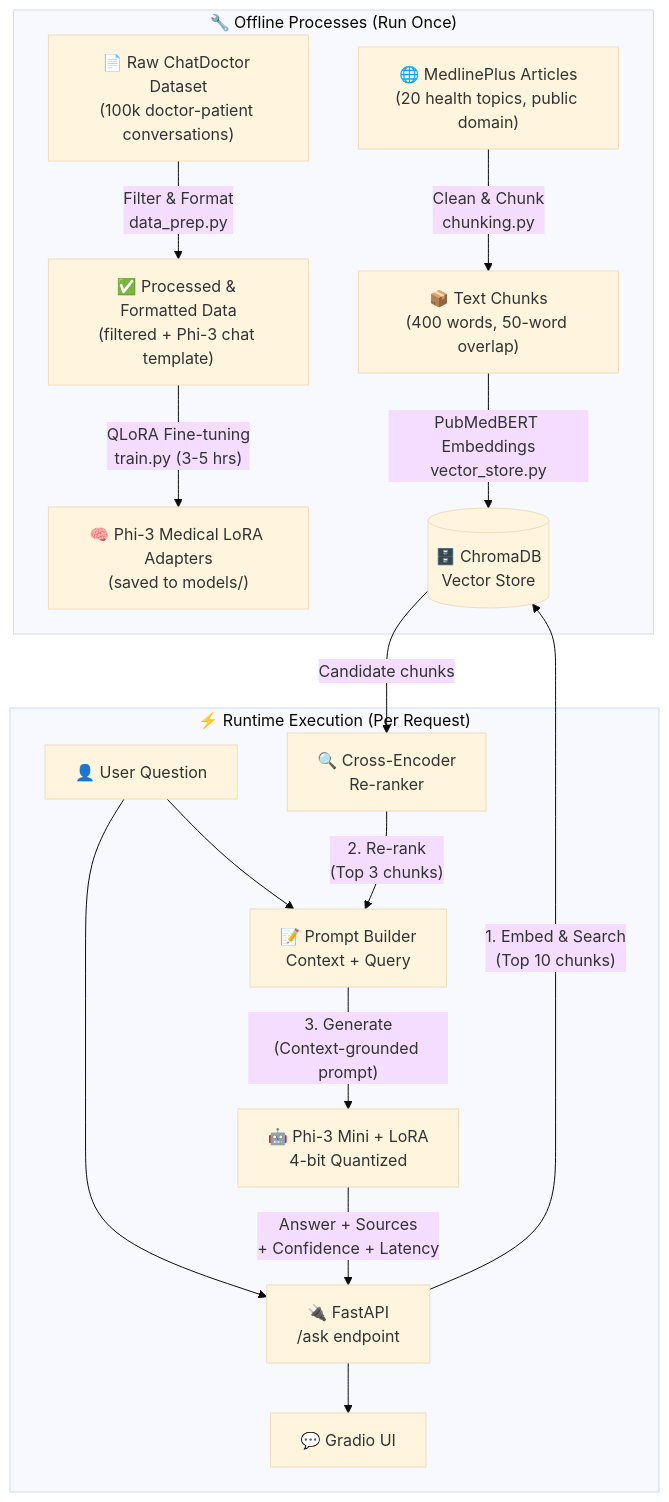
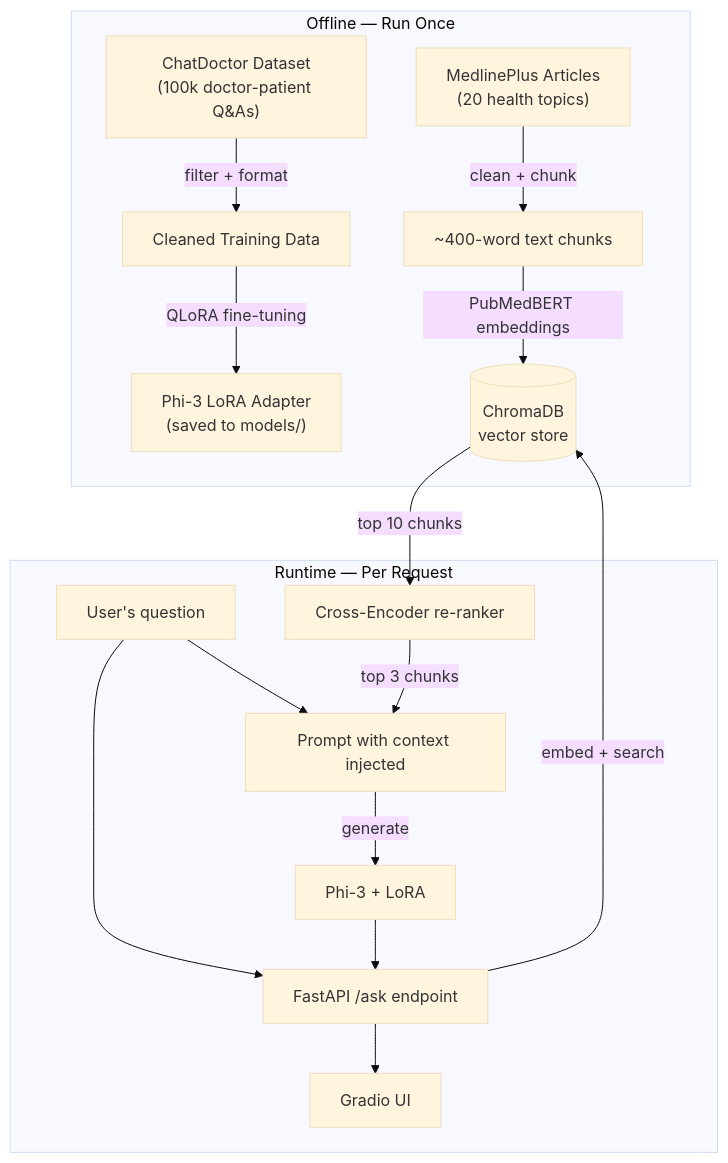
One commit to koi-bito/Medical-QA-AI-Assistant changed the diagram in SYSTEM_DESIGN.md. Above: the diagram before and after it, drawn with Mermaid (base theme). The commit also changed other lines of this file, not shown here.

````diff
--- a/SYSTEM_DESIGN.md
+++ b/SYSTEM_DESIGN.md
@@ -14,34 +19,21 @@
 ```mermaid
 graph TD
-    subgraph "🔧 Offline Processes (Run Once)"
-        A["📄 Raw ChatDoctor Dataset\n(100k doctor-patient conversations)"]
-        B["✅ Processed & Formatted Data\n(filtered + Phi-3 chat template)"]
-        C["🧠 Phi-3 Medical LoRA Adapters\n(saved to models/)"]
-        D["🌐 MedlinePlus Articles\n(20 health topics, public domain)"]
-        E["📦 Text Chunks\n(400 words, 50-word overlap)"]
-        F[("🗄️ ChromaDB\nVector Store")]
+    subgraph "Offline — Run Once"
+        A["ChatDoctor Dataset\n(100k doctor-patient Q&As)"] -->|filter + format| B["Cleaned Training Data"]
+        B -->|QLoRA fine-tuning| C["Phi-3 LoRA Adapter\n(saved to models/)"]
 
-        A -->|"Filter & Format\ndata_prep.py"| B
-        B -->|"QLoRA Fine-tuning\ntrain.py (3-5 hrs)"| C
-        D -->|"Clean & Chunk\nchunking.py"| E
-        E -->|"PubMedBERT Embeddings\nvector_store.py"| F
+        D["MedlinePlus Articles\n(20 health topics)"] -->|clean + chunk| E["~400-word text chunks"]
+        E -->|PubMedBERT embeddings| F[("ChromaDB\nvector store")]
     end
 
-    subgraph "⚡ Runtime Execution (Per Request)"
-        G["👤 User Question"]
-        H["🔌 FastAPI\n/ask endpoint"]
-        I["🔍 Cross-Encoder\nRe-ranker"]
-        J["📝 Prompt Builder\nContext + Query"]
-        K["🤖 Phi-3 Mini + LoRA\n4-bit Quantized"]
-        L["💬 Gradio UI"]
-
-        G --> H
-        H -->|"1. Embed & Search\n(Top 10 chunks)"| F
-        F -->|"Candidate chunks"| I
-        I -->|"2. Re-rank\n(Top 3 chunks)"| J
+    subgraph "Runtime — Per Request"
+        G["User's question"] --> H["FastAPI /ask endpoint"]
+        H -->|embed + search| F
+        F -->|top 10 chunks| I["Cross-Encoder re-ranker"]
+        I -->|top 3 chunks| J["Prompt with context injected"]
         G --> J
-        J -->|"3. Generate\n(Context-grounded prompt)"| K
-        K -->|"Answer + Sources\n+ Confidence + Latency"| H
-        H --> L
+        J -->|generate| K["Phi-3 + LoRA"]
+        K --> H
+        H --> L["Gradio UI"]
     end
 ```
````
